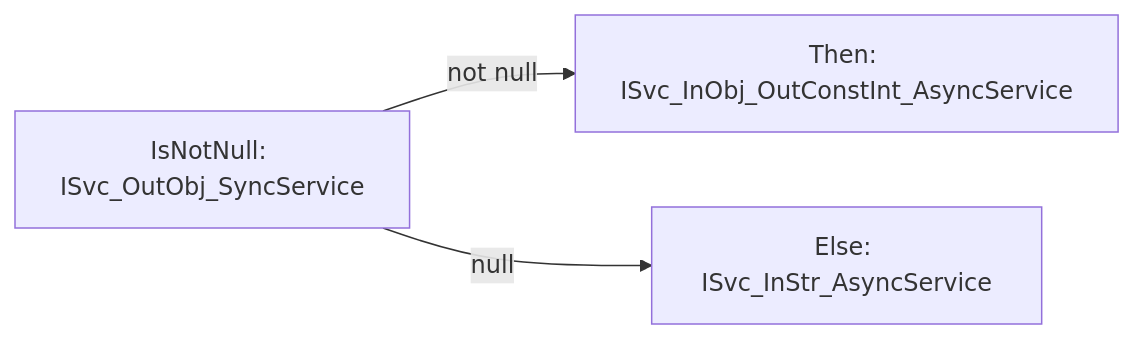
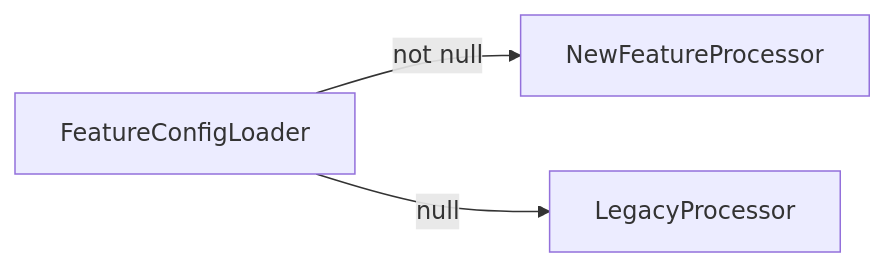
Before and after one commit to stiproot/xo-tasktree: the second of 4 diagrams in README.md, drawn with Mermaid. The commit also changed other lines of this file and 6 other files, not shown here.

````diff
--- a/README.md
+++ b/README.md
@@ -84,5 +228,5 @@
 ```mermaid
 graph LR
-    A[IsNotNull: ISvc_OutObj_SyncService] -->|not null| B[Then: ISvc_InObj_OutConstInt_AsyncService]
-    A -->|null| C[Else: ISvc_InStr_AsyncService]
+    A[FeatureConfigLoader] -->|not null| B[NewFeatureProcessor]
+    A -->|null| C[LegacyProcessor]
 ```
````
